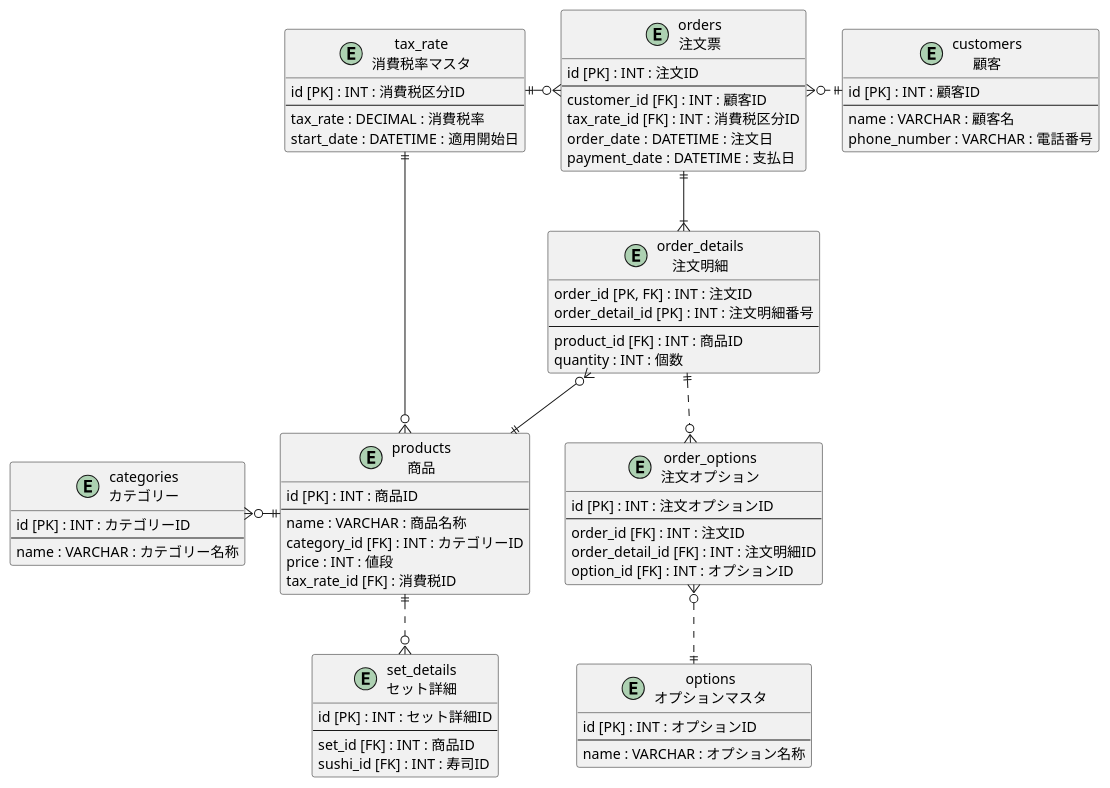
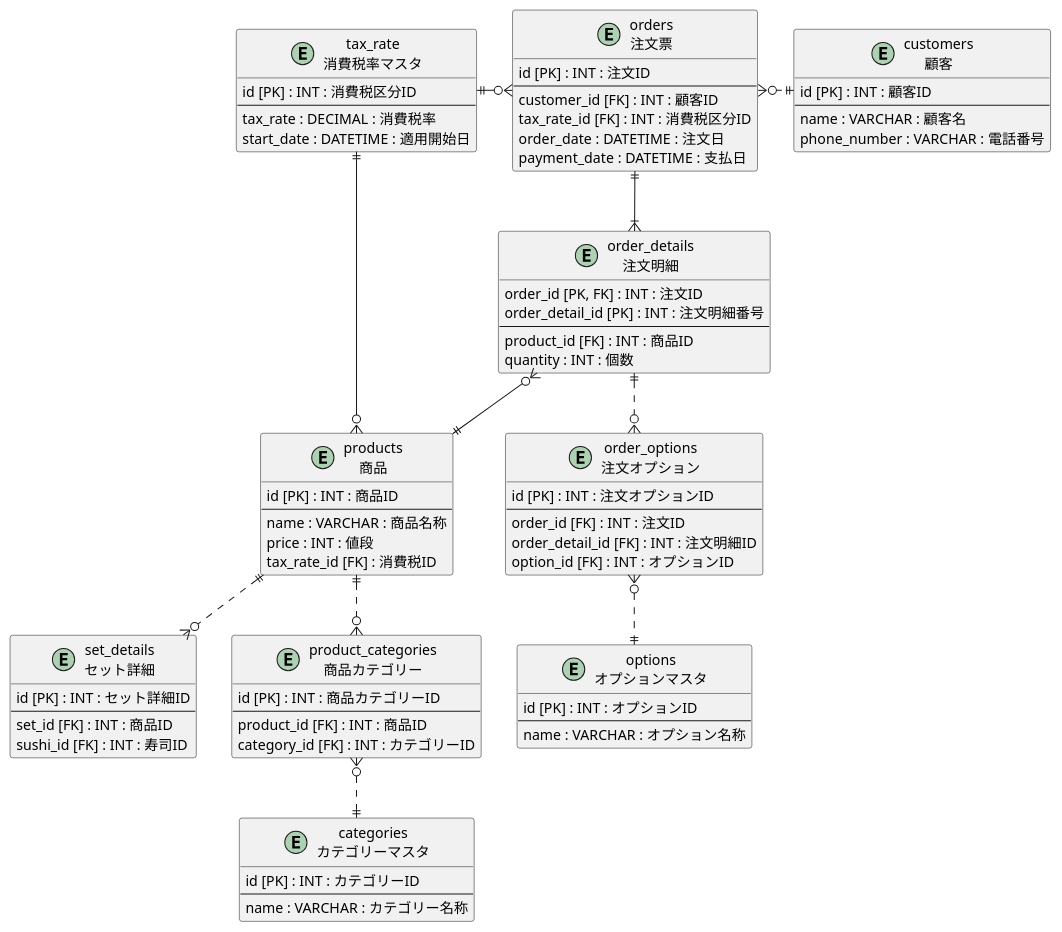
One commit to praha-inc/praha-challenge-7 changed the diagram in I84PdeRyF2ApGF/db_modeling01/task_02/db_modeling02.pu. Above: the diagram before and after it, drawn with PlantUML.

Commit message:
[Update] add mid-table in er-diagram

```diff
--- a/I84PdeRyF2ApGF/db_modeling01/task_02/db_modeling02.pu
+++ b/I84PdeRyF2ApGF/db_modeling01/task_02/db_modeling02.pu
@@ -1,142 +1,149 @@
 @startuml dbModeling1
     ' Entity "menues\nメニュー" as menues {
     '     id [PK] : INT : メニューID
     '     item_id [PK, FK] : INT : 商品ID(寿司ID or セットID)
     '     --
     '     price : INT : 値段
     '     tax_rate_id [FK] : INT : 消費税ID
     ' }
 
     ' Entity "sushi_menues\n寿司メニュー" as sushi_menues {
     '     id [PK] : INT : 寿司ID
     '     --
     '     name : VARCHAR : 寿司名称
     ' }
 
     ' Entity "set_menues\nセットメニュー" as set_menues {
     '     id [PK] : INT : セットID
     '     --
     '     name : VARCHAR : セット名称
     '     set_detail_id [FK] : INT : セット詳細ID
     ' }
 
     ' Entity "set_details\nセットメニュー詳細" as set_details {
     '     id [PK] : INT : セット詳細ID
     '     sushi_menu_id [PK, FK] : INT : 寿司ID
     ' }
 
     Entity "tax_rate\n消費税率マスタ" as tax_rate{
         id [PK] : INT : 消費税区分ID
         --
         tax_rate : DECIMAL : 消費税率
         start_date : DATETIME : 適用開始日
     }
 
     Entity "customers\n顧客" as customers {
         id [PK] : INT : 顧客ID
         --
         name : VARCHAR : 顧客名
         phone_number : VARCHAR : 電話番号
     }
 
     Entity "orders\n注文票" as orders {
         id [PK] : INT : 注文ID
         --
         customer_id [FK] : INT : 顧客ID
         tax_rate_id [FK] : INT : 消費税区分ID 
         order_date : DATETIME : 注文日
         payment_date : DATETIME : 支払日
     }
 
     Entity "order_details\n注文明細" as order_details {
         order_id [PK, FK] : INT : 注文ID 
         order_detail_id [PK] : INT : 注文明細番号 
         --
         product_id [FK] : INT : 商品ID
         quantity : INT : 個数
         ' option_id [FK] : INT : オプションID
     }
 
     Entity "order_options\n注文オプション" as options {
         id [PK] : INT : 注文オプションID
         --
         order_id [FK] : INT : 注文ID
         order_detail_id [FK] : INT : 注文明細ID
         option_id [FK] : INT : オプションID
     }
 
     Entity "options\nオプションマスタ" as om{
         id [PK] : INT : オプションID
         --
         name : VARCHAR : オプション名称
     }
 
     ' Entity "condiments\n薬味" as condiments{
     '     id [PK] : INT : 薬味ID
     '     --
     '     condiment_detail_id : INT : 薬味詳細ID
     '     name : VARCHAR : 薬味名称
     ' }
 
     ' Entity "rice_option\nシャリ" as rice{
     '     id [PK] : INT : シャリID
     '     --
     '     size : VARCHAR : サイズ
     ' }
 
     Entity "products\n商品" as p{
         id [PK] : INT : 商品ID
         --
         name : VARCHAR : 商品名称
-        category_id [FK] : INT : カテゴリーID
         price : INT : 値段
         tax_rate_id [FK] : 消費税ID
     }
 
     Entity "set_details\nセット詳細" as s_d{
         id [PK] : INT : セット詳細ID
         --
         set_id [FK] : INT : 商品ID
         sushi_id [FK] : INT : 寿司ID
     }
 
-    Entity "categories\nカテゴリー" as c {
+    Entity "categories\nカテゴリーマスタ" as c {
         id [PK] : INT : カテゴリーID
         --
         name : VARCHAR : カテゴリー名称
+    }
+
+    Entity "product_categories\n商品カテゴリー" as pc {
+        id [PK] : INT : 商品カテゴリーID
+        --
+        product_id [FK] : INT : 商品ID
+        category_id [FK] : INT : カテゴリーID
     }
 
     orders }o..r..|| customers
     orders ||-d-|{ order_details
     orders }o-l-|| tax_rate
     order_details }o--|| p
     tax_rate ||--o{ p
-    p ||-l-o{ c
+    p ||..o{ pc
+    pc }o..|| c
     p ||..o{ s_d
     order_details ||..o{ options
     options }o..|| om
     ' order_details  ||--|| menues
     ' menues ||--o| sushi_menues
     ' menues ||--o| set_menues
     ' set_menues ||--o{ set_details
     ' set_details ||--|| sushi_menues
     ' tax_rate ||--|| menues
     ' order_details ||-r-o| options
     ' options |o--o{ condiments
     ' options |o--o| rice
 
     
     ' * 主キー
     ' + 外部キー
     ' カラム名 : 型 : 説明
 
     ' 1対０また1
     ' A ||--o| B
     ' 1対1
     ' A ||--|| B
     ' 1対0以上
     ' A ||--o{ B
     ' 1対1以上
     ' A ||--|{ B
 
 @enduml
```
